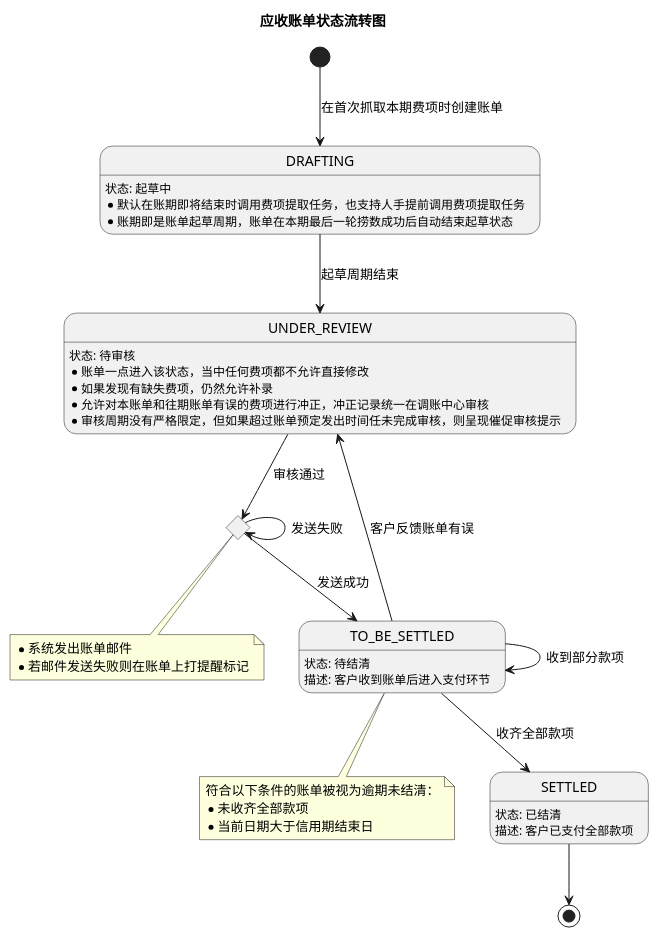
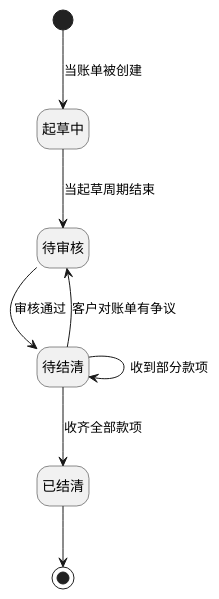
One commit to jack888332/projects-doc changed the fourth of 11 diagrams in product-caliber/bms/prd/财务系统.PRD.md. Above: the diagram before and after it, drawn with PlantUML. The commit also changed other lines of this file, not shown here.

````diff
--- a/product-caliber/bms/prd/财务系统.PRD.md
+++ b/product-caliber/bms/prd/财务系统.PRD.md
@@ -573,30 +577,18 @@
 ```plantuml
 @startuml
-title 应收账单状态流转图
-top to bottom direction
-state DRAFTING : 状态: 起草中\n* 默认在账期即将结束时调用费项提取任务，也支持人手提前调用费项提取任务\n* 账期即是账单起草周期，账单在本期最后一轮捞数成功后自动结束起草状态
-state UNDER_REVIEW : 状态: 待审核\n* 账单一点进入该状态，当中任何费项都不允许直接修改\n* 如果发现有缺失费项，仍然允许补录\n* 允许对本账单和往期账单有误的费项进行冲正，冲正记录统一在调账中心审核\n* 审核周期没有严格限定，但如果超过账单预定发出时间任未完成审核，则呈现催促审核提示
-state TO_BE_SENT <<choice>>
-note bottom of TO_BE_SENT
-  * 系统发出账单邮件
-  * 若邮件发送失败则在账单上打提醒标记
-end note
-state TO_BE_SETTLED : 状态: 待结清\n描述: 客户收到账单后进入支付环节
-note bottom of TO_BE_SETTLED
-  符合以下条件的账单被视为逾期未结清：
-  * 未收齐全部款项
-  * 当前日期大于信用期结束日
-end note
-state SETTLED : 状态: 已结清\n描述: 客户已支付全部款项
-'------------------------------------------'
-[*] --> DRAFTING : 在首次抓取本期费项时创建账单
-DRAFTING --> UNDER_REVIEW : 起草周期结束
-UNDER_REVIEW --> TO_BE_SENT : 审核通过
-TO_BE_SENT --> TO_BE_SETTLED : 发送成功
-TO_BE_SENT --> TO_BE_SENT : 发送失败
-TO_BE_SETTLED --> UNDER_REVIEW : 客户反馈账单有误
-TO_BE_SETTLED --> TO_BE_SETTLED : 收到部分款项
-TO_BE_SETTLED --> SETTLED : 收齐全部款项
-SETTLED --> [*]
+hide empty description
+
+state 起草中
+state 待审核
+state 待结清
+state 已结清
+
+[*] --> 起草中 : 当账单被创建
+起草中 --> 待审核 : 当起草周期结束
+待审核 --> 待结清 : 审核通过
+待结清 --> 待审核 : 客户对账单有争议
+待结清 --> 待结清 : 收到部分款项
+待结清 --> 已结清 : 收齐全部款项
+已结清 --> [*]
 @enduml
 ```
````
